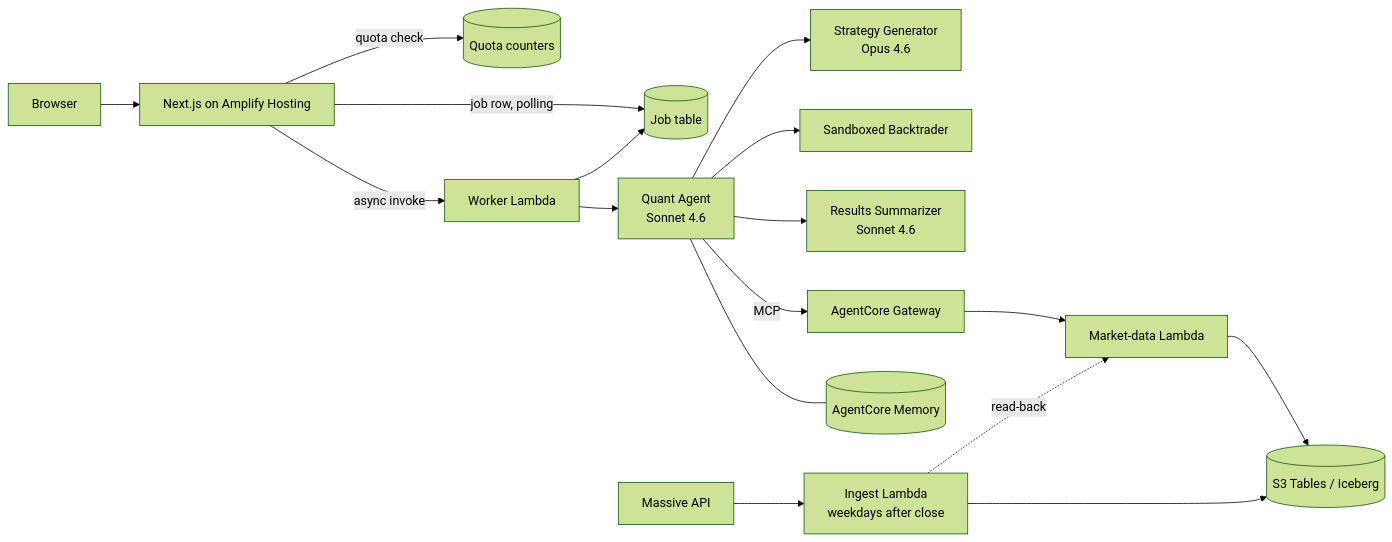
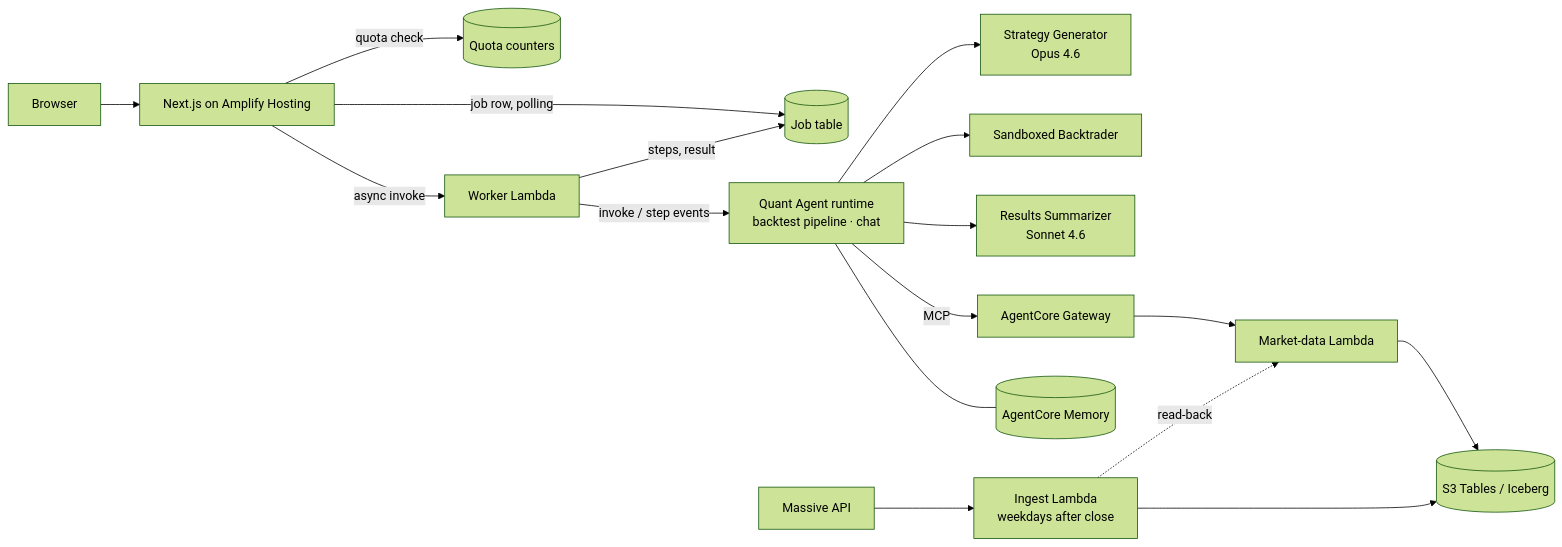
Before and after one commit to jude2510/agentic-backtester: the diagram in README.md, drawn with Mermaid (forest theme). The commit also changed other lines of this file and 4 other files, not shown here.

First line of the commit message:
docs: describe the backtest pipeline in place of the orchestrator

````diff
--- a/README.md
+++ b/README.md
@@ -22,19 +25,19 @@
 ```mermaid
 flowchart LR
   U[Browser] --> FE[Next.js on Amplify Hosting]
   FE -- quota check --> Q[(Quota counters)]
   FE -- job row, polling --> J[(Job table)]
   FE -- async invoke --> W[Worker Lambda]
-  W --> J
-  W --> QA[Quant Agent<br/>Sonnet 4.6]
+  W -- steps, result --> J
+  W -- invoke / step events --> QA[Quant Agent runtime<br/>backtest pipeline · chat]
   QA --> SG[Strategy Generator<br/>Opus 4.6]
   QA --> BT[Sandboxed Backtrader]
   QA --> RS[Results Summarizer<br/>Sonnet 4.6]
   QA -- MCP --> GW[AgentCore Gateway]
   GW --> MD[Market-data Lambda]
   MD --> T[(S3 Tables / Iceberg)]
   QA --- MEM[(AgentCore Memory)]
   MV[Massive API] --> ING[Ingest Lambda<br/>weekdays after close]
   ING --> T
   ING -. read-back .-> MD
 ```
````
